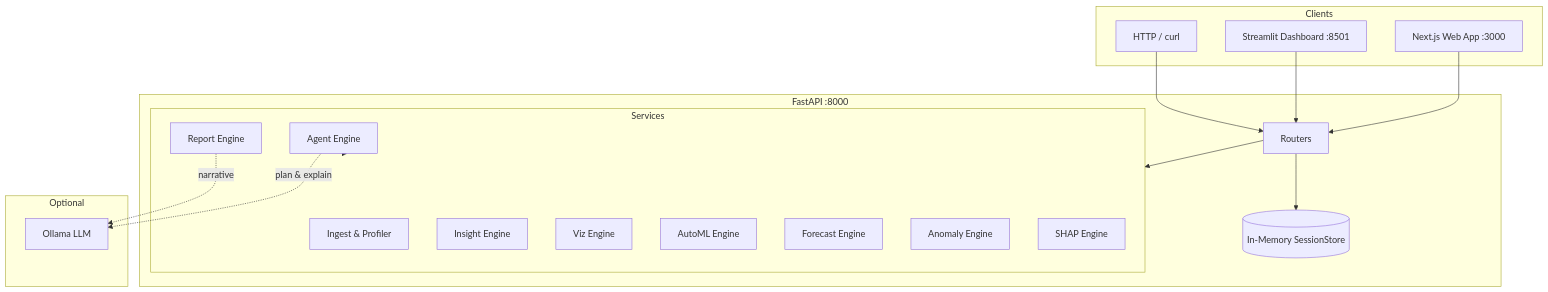
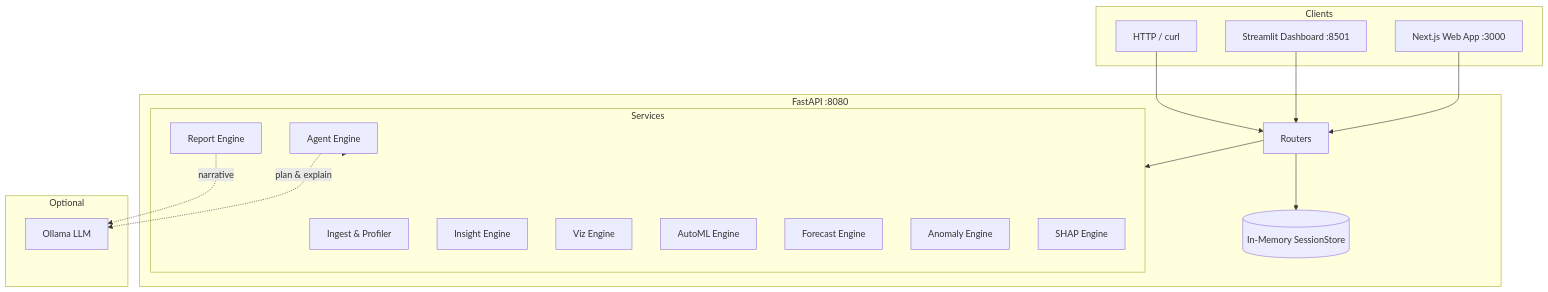
The diagram in README.md (Hypersb/Data-Pilot-AI), drawn with Mermaid before and after one commit. The commit also changed other lines of this file and 15 other files, not shown here.

Commit message:
feat(v3): analysis hub, stepper UX, and demo flow

````diff
--- a/README.md
+++ b/README.md
@@ -152,37 +154,37 @@
 ```mermaid
 flowchart TB
     subgraph Clients
         WEB[Next.js Web App :3000]
         ST[Streamlit Dashboard :8501]
         CURL[HTTP / curl]
     end
 
-    subgraph Backend["FastAPI :8000"]
+    subgraph Backend["FastAPI :8080"]
         R[Routers]
         SS[(In-Memory SessionStore)]
         subgraph Services
             ING[Ingest & Profiler]
             INS[Insight Engine]
             VIZ[Viz Engine]
             AML[AutoML Engine]
             FC[Forecast Engine]
             ANO[Anomaly Engine]
             XAI[SHAP Engine]
             AGT[Agent Engine]
             RPT[Report Engine]
         end
     end
 
     subgraph Optional
         OLL[Ollama LLM]
     end
 
     WEB --> R
     ST --> R
     CURL --> R
     R --> SS
     R --> Services
     AGT --> Services
     AGT -.->|plan & explain| OLL
     RPT -.->|narrative| OLL
 ```
````
